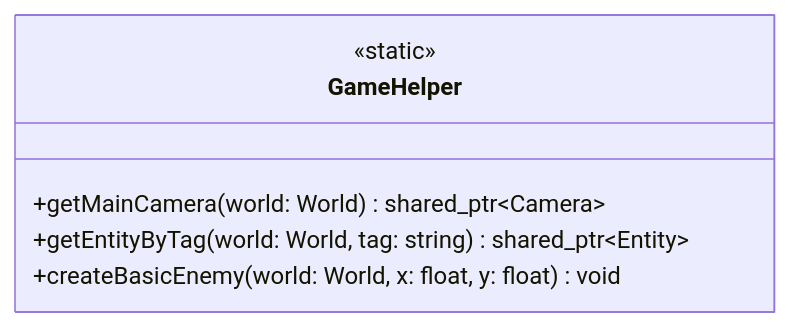
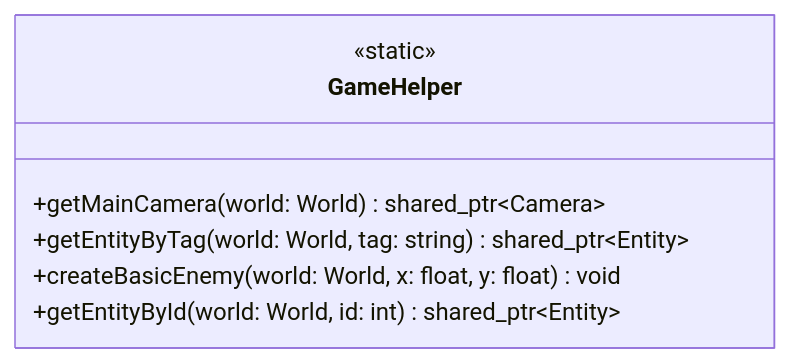
Before and after one commit to MYAMBO/R-Type: the diagram in docs/Game/GameHelper.md, drawn with Mermaid. The commit also changed other lines of this file and 4 other files, not shown here.

````diff
--- a/docs/Game/GameHelper.md
+++ b/docs/Game/GameHelper.md
@@ -11,9 +12,10 @@
 ```mermaid
 classDiagram
   class GameHelper {
     <<static>>
     +getMainCamera(world: World) shared_ptr~Camera~
     +getEntityByTag(world: World, tag: string) shared_ptr~Entity~
     +createBasicEnemy(world: World, x: float, y: float) void
+    +getEntityById(world: World, id: int) shared_ptr~Entity~ 
   }
 ```
````
